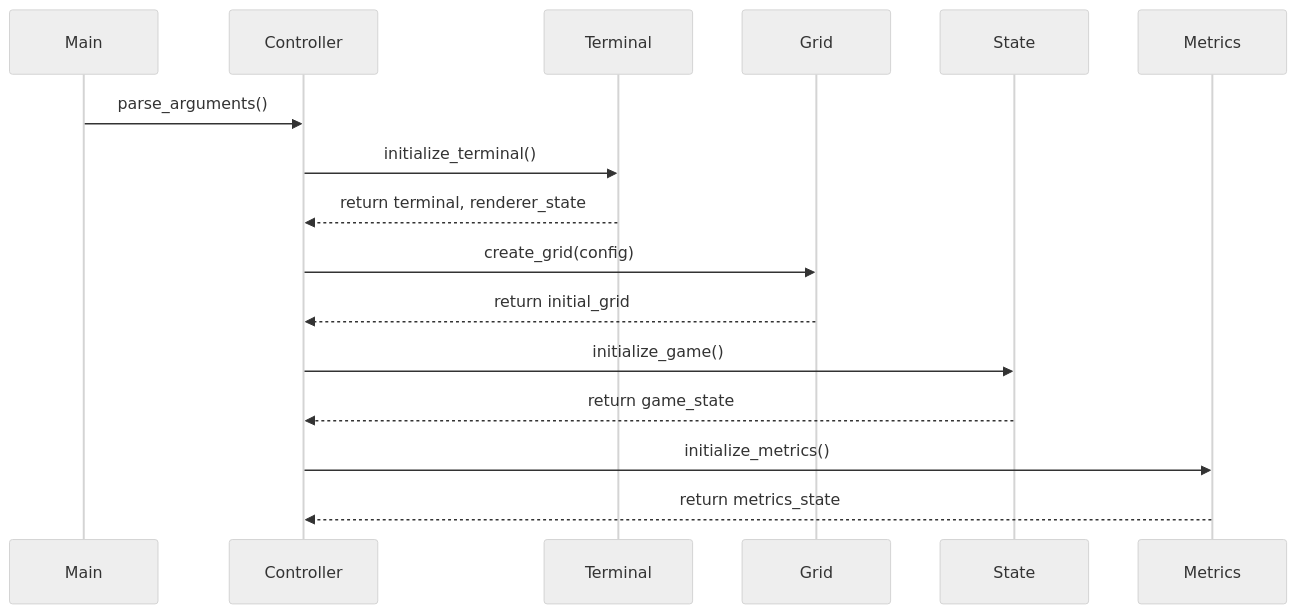
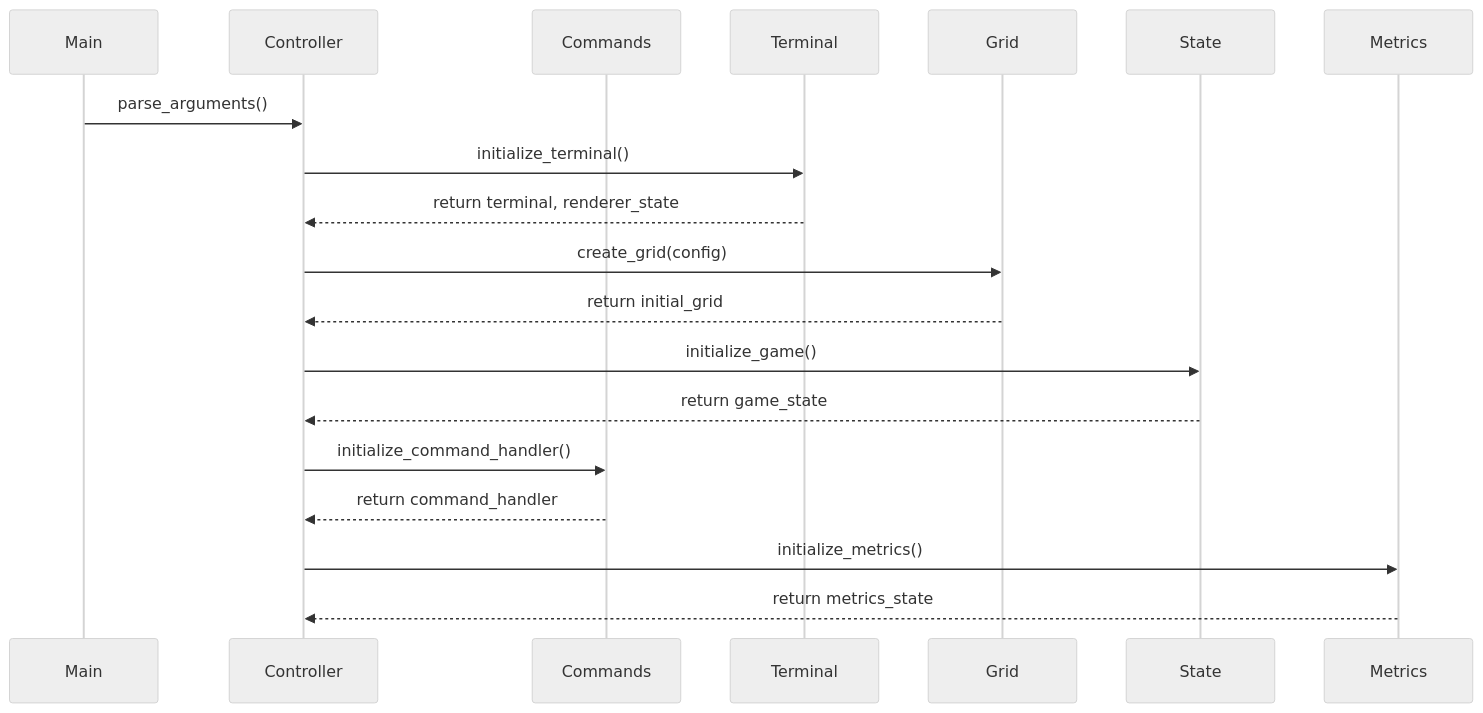
One commit to dewe/py-gol changed the first of 6 diagrams in docs/diagrams.md. Above: the diagram before and after it, drawn with Mermaid (neutral theme). The commit also changed other lines of this file and 7 other files, not shown here.

````diff
--- a/docs/diagrams.md
+++ b/docs/diagrams.md
@@ -7,19 +7,22 @@
 ```mermaid
 sequenceDiagram
     participant Main
     participant Controller
+    participant Commands
     participant Terminal
     participant Grid
     participant State
     participant Metrics
     
     Main->>Controller: parse_arguments()
     Controller->>Terminal: initialize_terminal()
     Terminal-->>Controller: return terminal, renderer_state
     Controller->>Grid: create_grid(config)
     Grid-->>Controller: return initial_grid
     Controller->>State: initialize_game()
     State-->>Controller: return game_state
+    Controller->>Commands: initialize_command_handler()
+    Commands-->>Controller: return command_handler
     Controller->>Metrics: initialize_metrics()
     Metrics-->>Controller: return metrics_state
 ```
````
